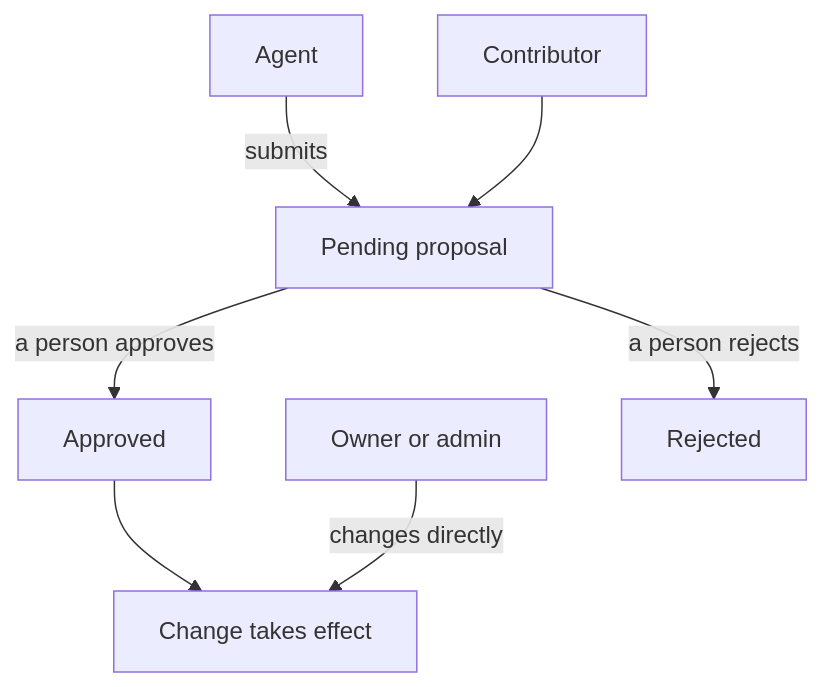
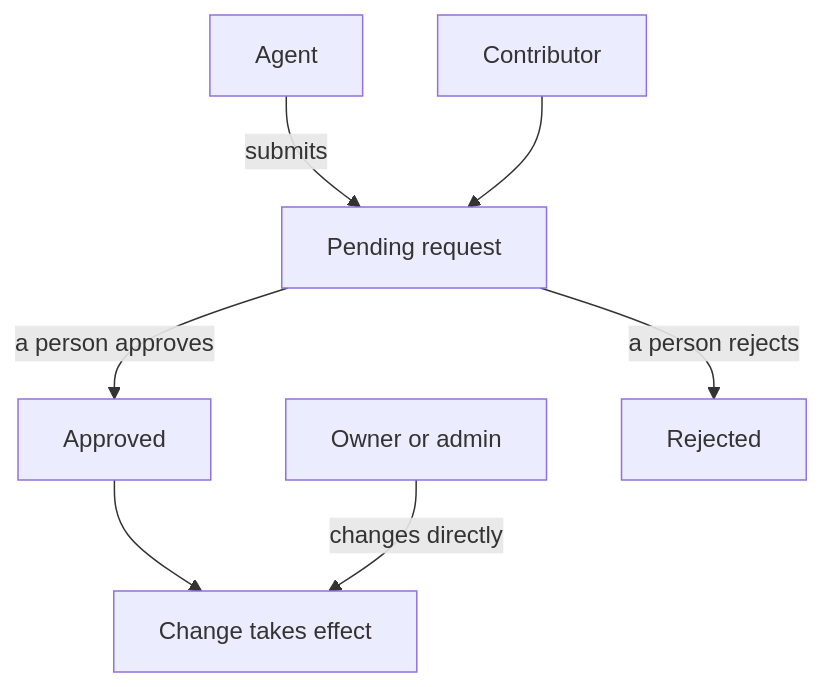
The diagram in lib/docs/contracts/knowledge.md (lorebayai/lorebay), drawn with Mermaid before and after one commit. The commit also changed other lines of this file and 74 other files, not shown here.

````diff
--- a/lib/docs/contracts/knowledge.md
+++ b/lib/docs/contracts/knowledge.md
@@ -73,16 +73,16 @@
 ```mermaid
 flowchart TD
     agent["Agent"]
     contributor["Contributor"]
     admin["Owner or admin"]
-    pending["Pending proposal"]
+    pending["Pending request"]
     approved["Approved"]
     rejected["Rejected"]
     applied["Change takes effect"]
     agent -- "submits" --> pending
     contributor --> pending
     pending -- "a person approves" --> approved
     pending -- "a person rejects" --> rejected
     approved --> applied
     admin -- "changes directly" --> applied
 ```
````
